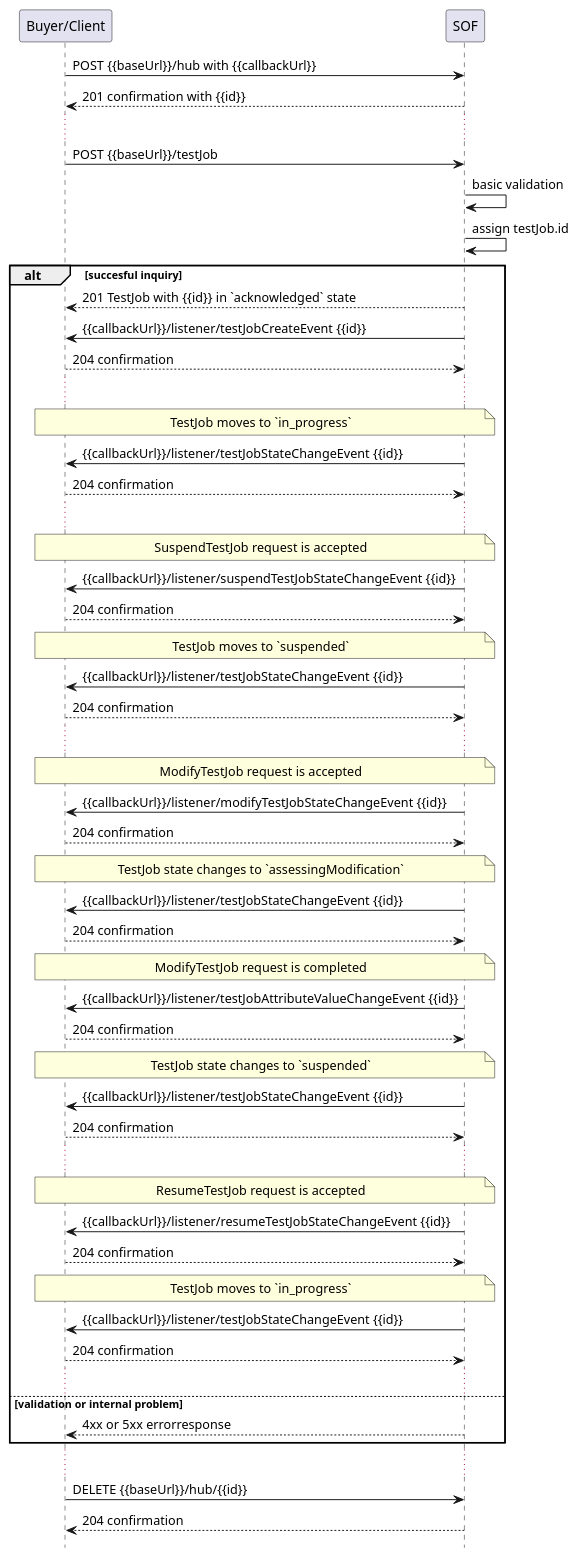
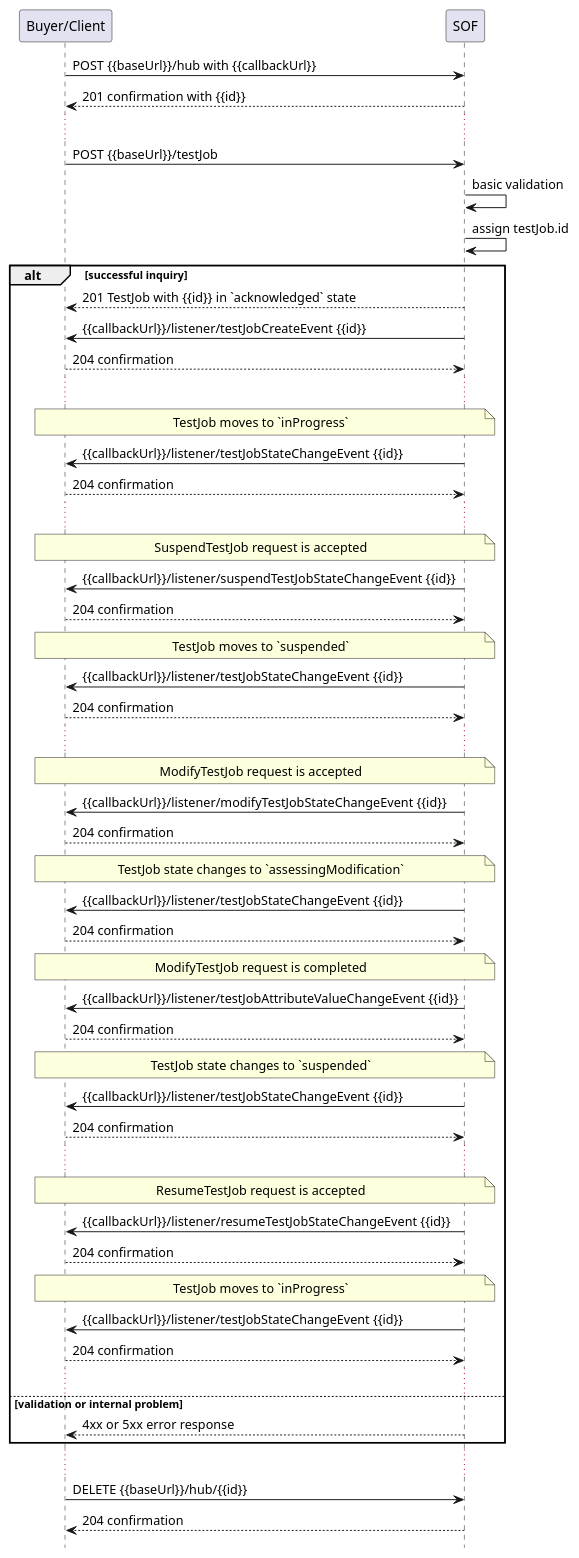
Before and after one commit to MEF-GIT/MEF-LSO-Interlude-SDK: the diagram in documentation/serviceApi/sft/serviceTest/media/src/notificationsForTestJob.puml, drawn with PlantUML. The commit also changed 446 other files, not shown here.

```diff
--- a/documentation/serviceApi/sft/serviceTest/media/src/notificationsForTestJob.puml
+++ b/documentation/serviceApi/sft/serviceTest/media/src/notificationsForTestJob.puml
@@ -1,75 +1,75 @@
 @startuml notificationsForTestJob
 
 hide footbox
 
 participant "Buyer/Client" as B
 participant SOF
 
 B -> SOF : POST {{baseUrl}}/hub with {{callbackUrl}} 
 SOF --> B: 201 confirmation with {{id}}
 ...
 B -> SOF : POST {{baseUrl}}/testJob
 SOF -> SOF : basic validation
 SOF -> SOF : assign testJob.id
 
-alt succesful inquiry
+alt successful inquiry
   SOF --> B : 201 TestJob with {{id}} in `acknowledged` state
   SOF -> B: {{callbackUrl}}/listener/testJobCreateEvent {{id}}
   B --> SOF : 204 confirmation  
   ...
 
   
-  note over B, SOF : TestJob moves to `in_progress`
+  note over B, SOF : TestJob moves to `inProgress`
   SOF -> B: {{callbackUrl}}/listener/testJobStateChangeEvent {{id}}
   B --> SOF : 204 confirmation
   ...
   
   note over B, SOF : SuspendTestJob request is accepted
   SOF -> B: {{callbackUrl}}/listener/suspendTestJobStateChangeEvent {{id}}
   B --> SOF : 204 confirmation
   
   note over B, SOF : TestJob moves to `suspended`
   SOF -> B: {{callbackUrl}}/listener/testJobStateChangeEvent {{id}}
   B --> SOF : 204 confirmation
   
   ...
 
   note over B, SOF : ModifyTestJob request is accepted
   SOF -> B: {{callbackUrl}}/listener/modifyTestJobStateChangeEvent {{id}}
   B --> SOF : 204 confirmation
   
   note over B, SOF : TestJob state changes to `assessingModification`
   SOF -> B: {{callbackUrl}}/listener/testJobStateChangeEvent {{id}}
   B --> SOF : 204 confirmation
 
   note over B, SOF : ModifyTestJob request is completed
   SOF -> B: {{callbackUrl}}/listener/testJobAttributeValueChangeEvent {{id}}
   B --> SOF : 204 confirmation
 
   note over B, SOF : TestJob state changes to `suspended`
   SOF -> B: {{callbackUrl}}/listener/testJobStateChangeEvent {{id}}
   B --> SOF : 204 confirmation
 
   ...
 
   note over B, SOF : ResumeTestJob request is accepted
   SOF -> B: {{callbackUrl}}/listener/resumeTestJobStateChangeEvent {{id}}
   B --> SOF : 204 confirmation
   
-  note over B, SOF : TestJob moves to `in_progress`
+  note over B, SOF : TestJob moves to `inProgress`
   SOF -> B: {{callbackUrl}}/listener/testJobStateChangeEvent {{id}}
   B --> SOF : 204 confirmation
   
   ...
 
 
 else validation or internal problem
-  SOF --> B : 4xx or 5xx errorresponse
+  SOF --> B : 4xx or 5xx error response
 end 
 
 ...
 
 B -> SOF : DELETE {{baseUrl}}/hub/{{id}} 
 SOF -->  B : 204 confirmation
 
 @enduml
```
